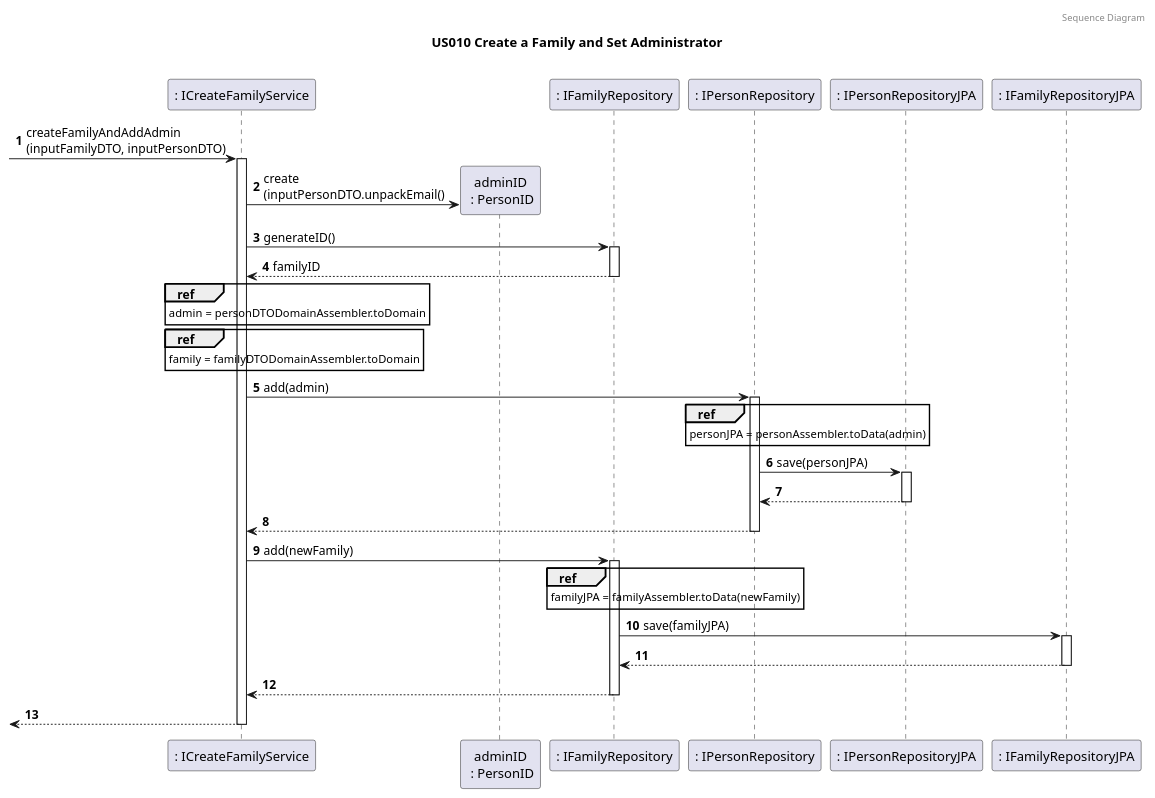
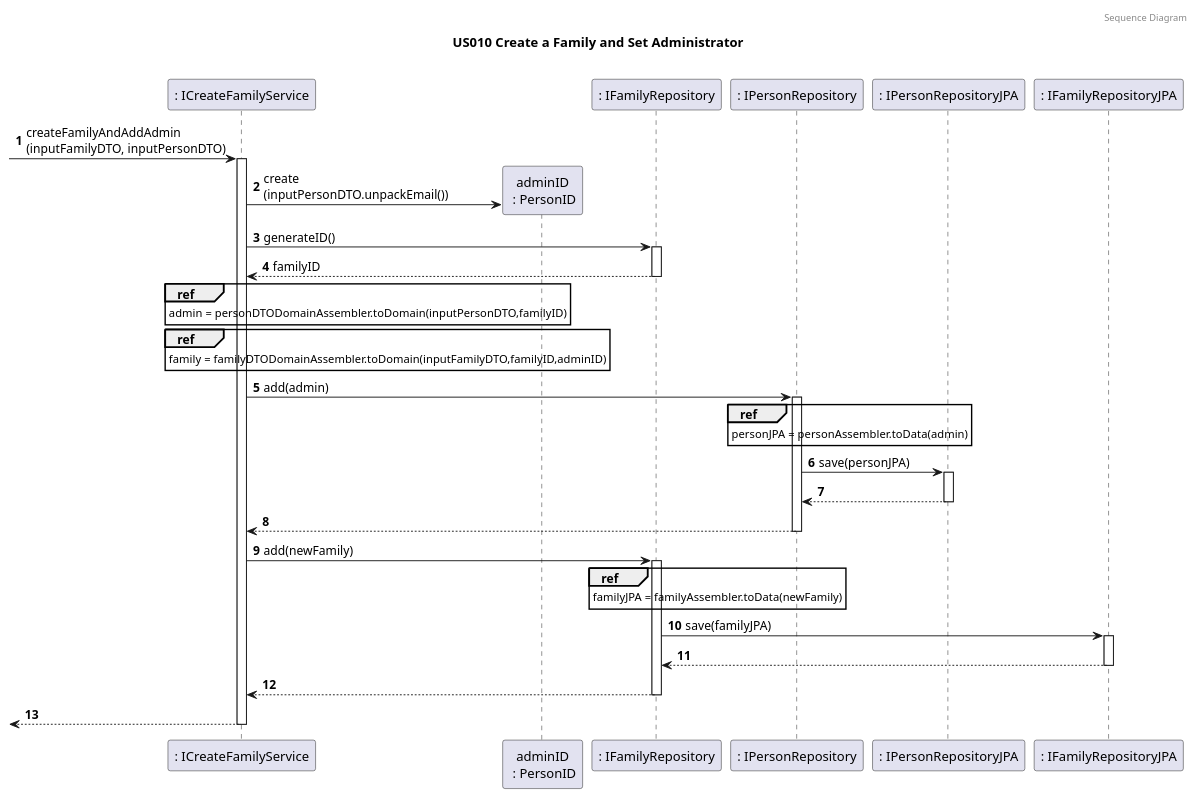
Before and after one commit to tomas-osswald/switch_2020_g3: the third of 6 diagrams in docs/sprint4/user_stories/US010_CreateAFamilyAndSetAdministrator.md, drawn with PlantUML. The commit also changed other lines of this file and 2 other files, not shown here.

Commit message:
remove ccNumber in domain model ddd in vpp file

`````diff
--- a/docs/sprint4/user_stories/US010_CreateAFamilyAndSetAdministrator.md
+++ b/docs/sprint4/user_stories/US010_CreateAFamilyAndSetAdministrator.md
@@ -108,64 +108,63 @@
 ````puml
 @startuml
 
 autonumber
 header Sequence Diagram
 title US010 Create a Family and Set Administrator
 
 
 participant ": ICreateFamilyService" as FamAdminService
 participant "adminID\n : PersonID" as adminID
 participant ": IFamilyRepository" as familyRepository
 participant ": IPersonRepository" as personRepository
 participant ": IPersonRepositoryJPA" as personRepositoryJPA
 participant ": IFamilyRepositoryJPA" as familyRepositoryJPA
 
 note left: especificar nome da instância no participant?
 
 -> FamAdminService : createFamilyAndAddAdmin\n(inputFamilyDTO, inputPersonDTO)
 activate FamAdminService
 
-FamAdminService -> adminID ** : create\n(inputPersonDTO.unpackEmail()
+FamAdminService -> adminID ** : create\n(inputPersonDTO.unpackEmail())
 
 FamAdminService -> familyRepository : generateID()
 activate familyRepository
 return familyID
 
 ref over FamAdminService
-admin = personDTODomainAssembler.toDomain
+admin = personDTODomainAssembler.toDomain(inputPersonDTO,familyID)
 end ref
 
 ref over FamAdminService
-family = familyDTODomainAssembler.toDomain
+family = familyDTODomainAssembler.toDomain(inputFamilyDTO,familyID,adminID)
 end ref
 
 FamAdminService -> personRepository: add(admin)
 activate personRepository
 
 ref over personRepository
 personJPA = personAssembler.toData(admin)
 end ref
 
 personRepository -> personRepositoryJPA: save(personJPA)
 activate personRepositoryJPA
 return
 return
 
 FamAdminService -> familyRepository: add(newFamily)
 activate familyRepository
 
 ref over familyRepository
 familyJPA = familyAssembler.toData(newFamily)
 end ref
 
 familyRepository -> familyRepositoryJPA : save(familyJPA)
 activate familyRepositoryJPA
 return
 
 return
 
 return
- 
 
 @enduml
 ````
`````
